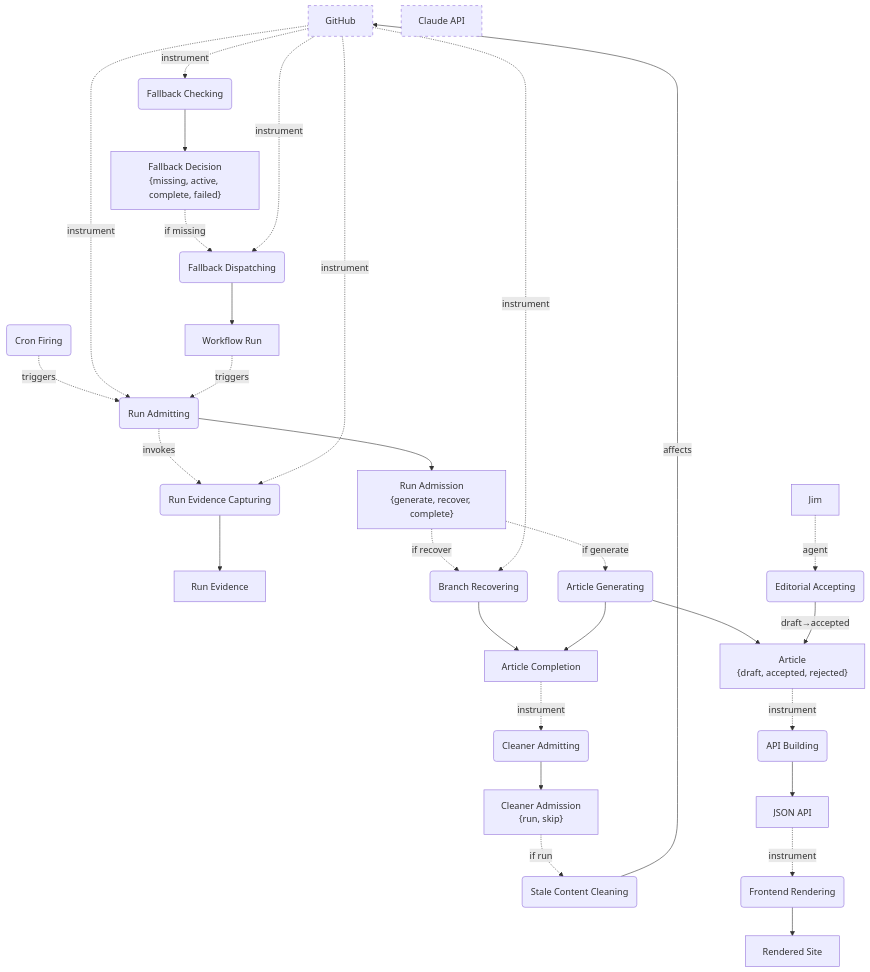
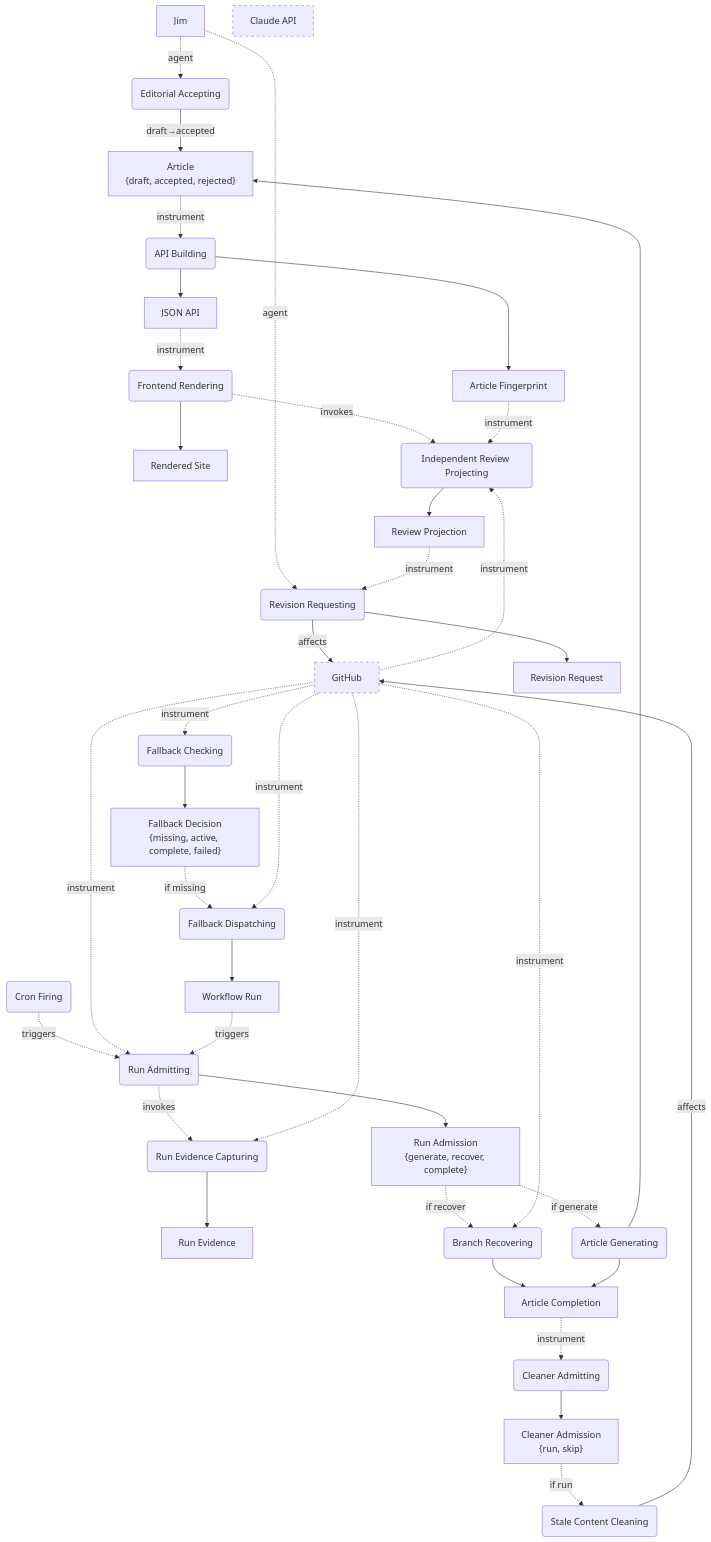
The first of 2 diagrams in opm/system.md (ojfbot/daily-logger), drawn with Mermaid before and after one commit. The commit also changed other lines of this file and 22 other files, not shown here.

Commit message:
feat: add source-pinned independent article review pilot

````diff
--- a/opm/system.md
+++ b/opm/system.md
@@ -9,59 +9,73 @@
 ```mermaid
 flowchart TD
   Jim["Jim"]
   GitHub["GitHub"]
   ClaudeAPI["Claude API"]
   Article["Article<br/>{draft, accepted, rejected}"]
   RunAdmission["Run Admission<br/>{generate, recover, complete}"]
   CronFiring("Cron Firing")
   RunAdmitting("Run Admitting")
   RunEvidenceCapturing("Run Evidence Capturing")
   RunEvidence["Run Evidence"]
   ArticleGenerating("Article Generating")
   BranchRecovering("Branch Recovering")
   ArticleCompletion["Article Completion"]
   CleanerAdmitting("Cleaner Admitting")
   CleanerAdmission["Cleaner Admission<br/>{run, skip}"]
   StaleContentCleaning("Stale Content Cleaning")
   FallbackChecking("Fallback Checking")
   FallbackDecision["Fallback Decision<br/>{missing, active, complete, failed}"]
   FallbackDispatching("Fallback Dispatching")
   WorkflowRun["Workflow Run"]
   EditorialAccepting("Editorial Accepting")
   APIBuilding("API Building")
   JSONAPI["JSON API"]
   FrontendRendering("Frontend Rendering")
   RenderedSite["Rendered Site"]
+  ArticleFingerprint["Article Fingerprint"]
+  IndependentReviewProjecting("Independent Review Projecting")
+  ReviewProjection["Review Projection"]
+  RevisionRequesting("Revision Requesting")
+  RevisionRequest["Revision Request"]
 
   style GitHub stroke-dasharray: 5 5
   style ClaudeAPI stroke-dasharray: 5 5
 
   CronFiring -. triggers .-> RunAdmitting
   GitHub -. instrument .-> RunAdmitting
   RunAdmitting --> RunAdmission
   RunAdmitting -. invokes .-> RunEvidenceCapturing
   GitHub -. instrument .-> RunEvidenceCapturing
   RunEvidenceCapturing --> RunEvidence
   RunAdmission -. if generate .-> ArticleGenerating
   RunAdmission -. if recover .-> BranchRecovering
   GitHub -. instrument .-> BranchRecovering
   BranchRecovering --> ArticleCompletion
   ArticleGenerating --> ArticleCompletion
   ArticleCompletion -. instrument .-> CleanerAdmitting
   CleanerAdmitting --> CleanerAdmission
   CleanerAdmission -. if run .-> StaleContentCleaning
   StaleContentCleaning -- affects --> GitHub
   GitHub -. instrument .-> FallbackChecking
   FallbackChecking --> FallbackDecision
   FallbackDecision -. if missing .-> FallbackDispatching
   GitHub -. instrument .-> FallbackDispatching
   FallbackDispatching --> WorkflowRun
   WorkflowRun -. triggers .-> RunAdmitting
   ArticleGenerating --> Article
   Jim -. agent .-> EditorialAccepting
   EditorialAccepting -- draft→accepted --> Article
   Article -. instrument .-> APIBuilding
   APIBuilding --> JSONAPI
   JSONAPI -. instrument .-> FrontendRendering
   FrontendRendering --> RenderedSite
+  APIBuilding --> ArticleFingerprint
+  FrontendRendering -. invokes .-> IndependentReviewProjecting
+  GitHub -. instrument .-> IndependentReviewProjecting
+  ArticleFingerprint -. instrument .-> IndependentReviewProjecting
+  IndependentReviewProjecting --> ReviewProjection
+  Jim -. agent .-> RevisionRequesting
+  ReviewProjection -. instrument .-> RevisionRequesting
+  RevisionRequesting --> RevisionRequest
+  RevisionRequesting -- affects --> GitHub
 ```
````
